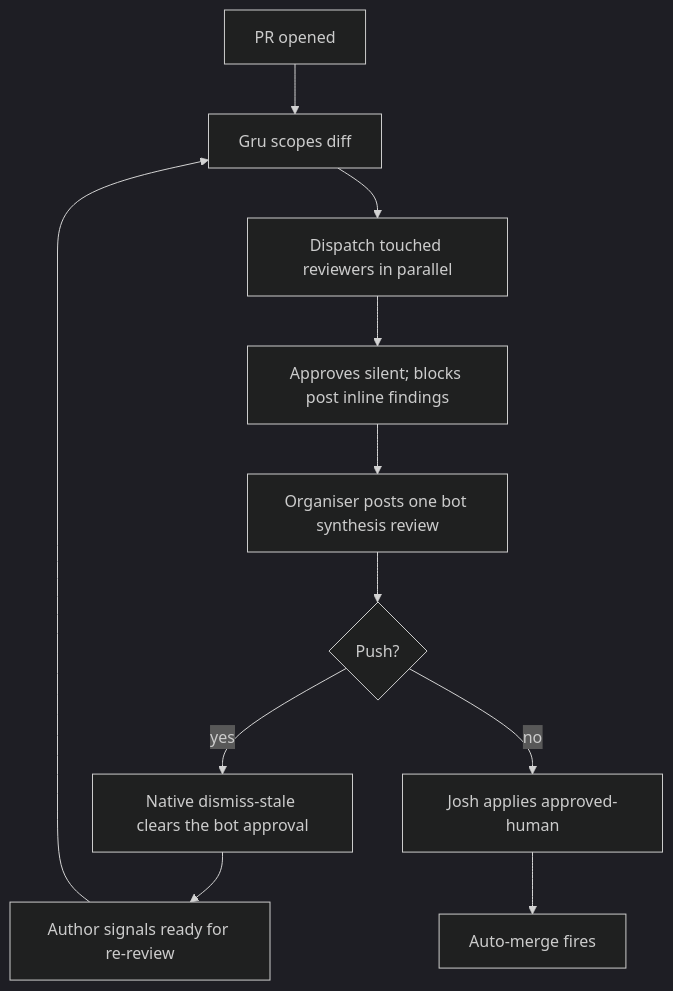
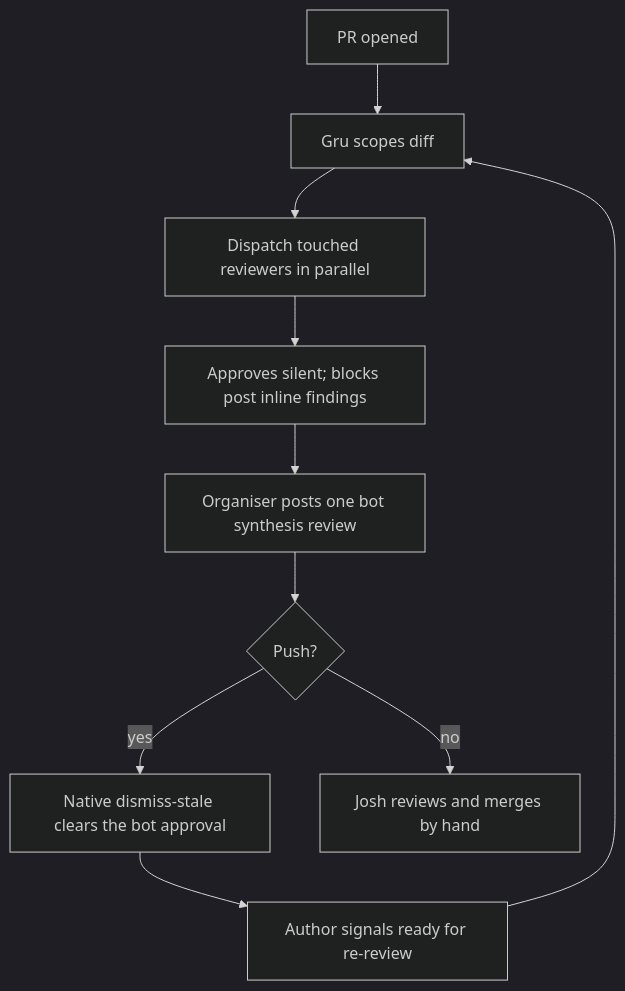
One commit to shuck-dev/volley changed the first of 2 diagrams in ai/swarm/README.md. Above: the diagram before and after it, drawn with Mermaid (dark theme). The commit also changed other lines of this file and 10 other files, not shown here.

````diff
--- a/ai/swarm/README.md
+++ b/ai/swarm/README.md
@@ -194,13 +191,12 @@
 ```mermaid
 flowchart TD
     Open[PR opened] --> Scope[Gru scopes diff]
     Scope --> Fanout[Dispatch touched reviewers in parallel]
     Fanout --> Verdicts[Approves silent; blocks post inline findings]
     Verdicts --> Synth[Organiser posts one bot synthesis review]
     Synth --> Wait{Push?}
     Wait -- yes --> Strip[Native dismiss-stale clears the bot approval]
     Strip --> ReadyAgain[Author signals ready for re-review]
     ReadyAgain --> Scope
-    Wait -- no --> Josh[Josh applies approved-human]
-    Josh --> AutoMerge[Auto-merge fires]
+    Wait -- no --> Josh[Josh reviews and merges by hand]
 ```
````
